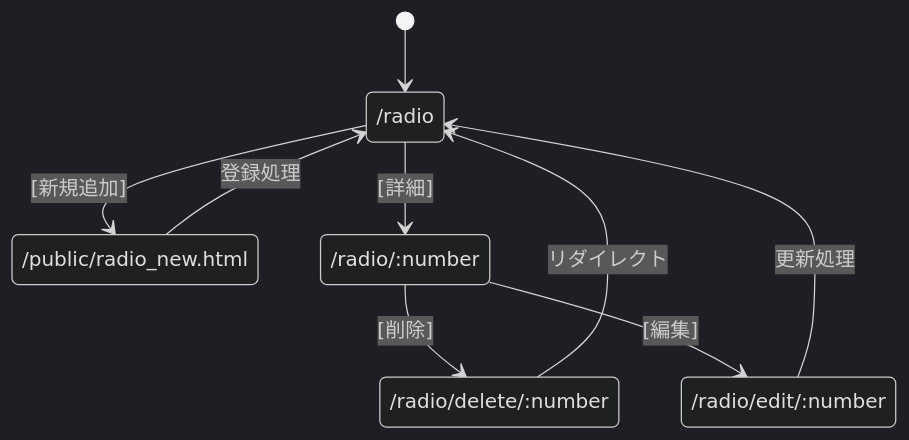
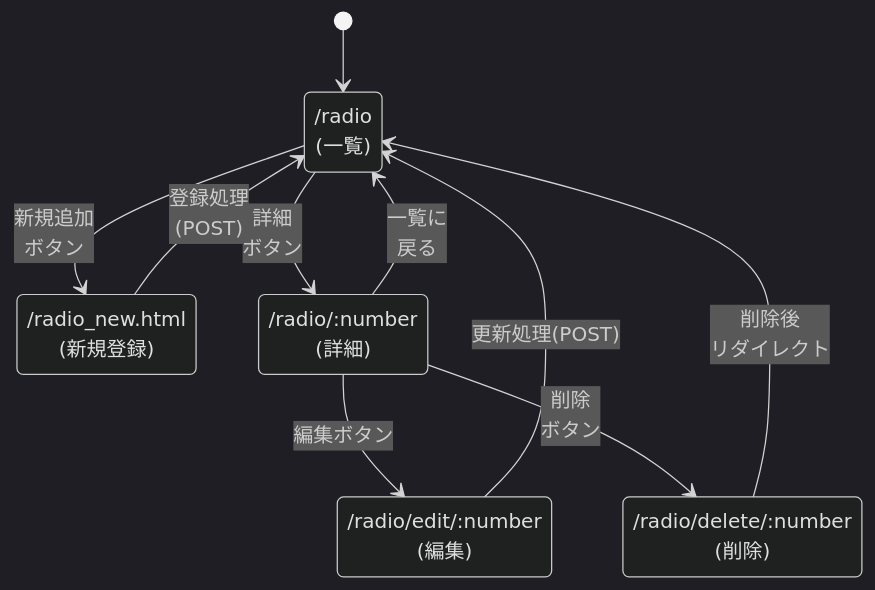
Before and after one commit to tosi770/webpro_06: the third of 4 diagrams in spec.md, drawn with Mermaid (dark theme). The commit also changed other lines of this file and 2 other files, not shown here.

Commit message:
遷移図の作成

````diff
--- a/spec.md
+++ b/spec.md
@@ -38,17 +49,24 @@
 ```mermaid
 stateDiagram-v2
-    state "/radio" as R_List
-    state "/public/radio_new.html" as R_NewForm
-    state "/radio/:number" as R_Detail
-    state "/radio/edit/:number" as R_Edit
-    state "/radio/delete/:number" as R_Delete
+    direction TB
+
+    state "/radio<br/>(一覧)" as R_List
+    state "/radio_new.html<br/>(新規登録)" as R_NewForm
+    state "/radio/:number<br/>(詳細)" as R_Detail
+    state "/radio/edit/:number<br/>(編集)" as R_Edit
+    state "/radio/delete/:number<br/>(削除)" as R_Delete
 
     [*] --> R_List
-    R_List --> R_NewForm: [新規追加]
-    R_NewForm --> R_List: 登録処理
-    R_List --> R_Detail: [詳細]
-    R_Detail --> R_Delete: [削除]
-    R_Delete --> R_List: リダイレクト
-    R_Detail --> R_Edit: [編集]
-    R_Edit --> R_List: 更新処理
+
+    R_List --> R_NewForm : 新規追加<br/>ボタン
+    R_NewForm --> R_List : 登録処理<br/>(POST)
+
+    R_List --> R_Detail : 詳細<br/>ボタン
+    R_Detail --> R_List : 一覧に<br/>戻る
+
+    R_Detail --> R_Edit : 編集ボタン
+    R_Edit --> R_List : 更新処理(POST)
+
+    R_Detail --> R_Delete : 削除<br/>ボタン
+    R_Delete --> R_List : 削除後<br/>リダイレクト
 ```
````
